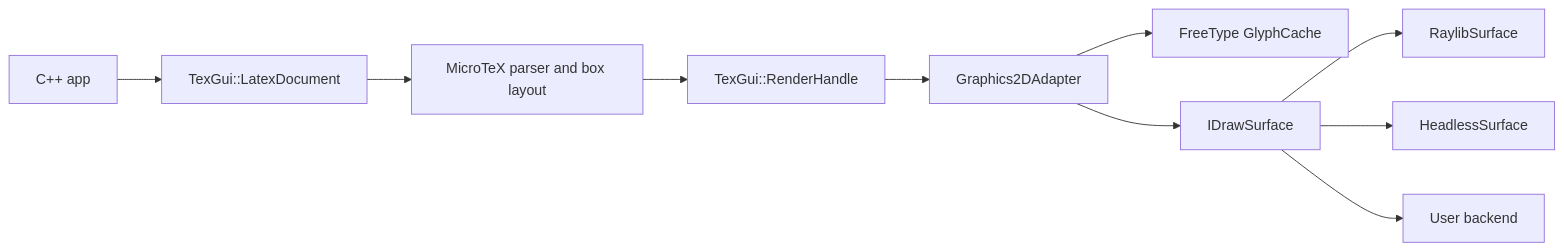
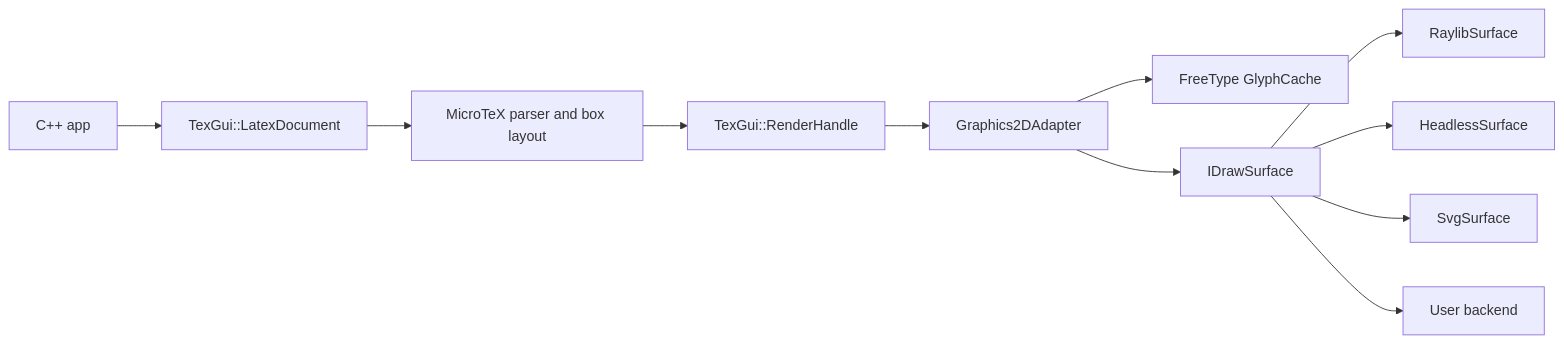
Before and after one commit to nazimaraz/TeXRender: the diagram in docs/architecture.md, drawn with Mermaid. The commit also changed other lines of this file and 45 other files, not shown here.

````diff
--- a/docs/architecture.md
+++ b/docs/architecture.md
@@ -6,12 +6,13 @@
 ```mermaid
 flowchart LR
     User["C++ app"] --> Doc["TexGui::LatexDocument"]
     Doc --> MicroTeX["MicroTeX parser and box layout"]
     MicroTeX --> Handle["TexGui::RenderHandle"]
     Handle --> Adapter["Graphics2DAdapter"]
     Adapter --> Cache["FreeType GlyphCache"]
     Adapter --> Surface["IDrawSurface"]
     Surface --> Raylib["RaylibSurface"]
     Surface --> Headless["HeadlessSurface"]
+    Surface --> Svg["SvgSurface"]
     Surface --> Custom["User backend"]
 ```
````
